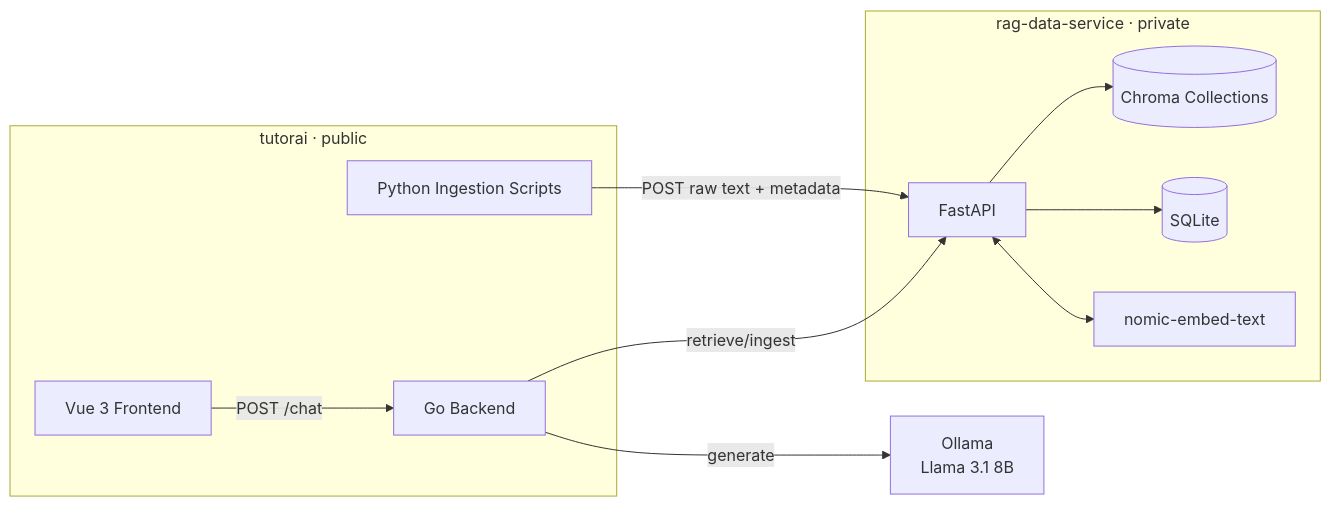
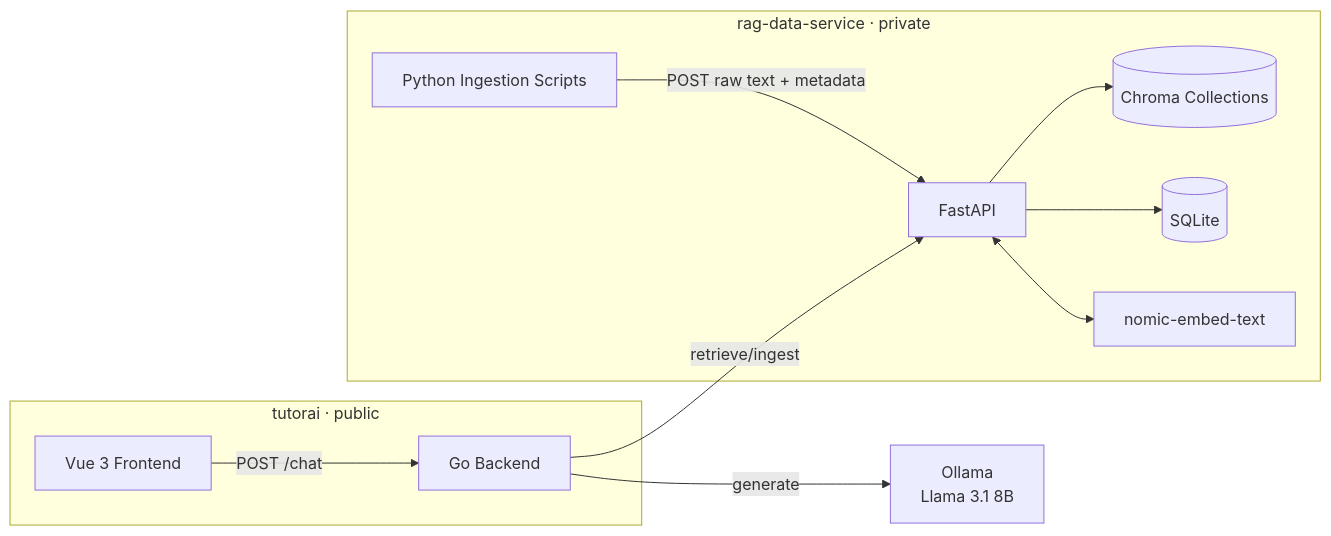
The diagram in README.md (megajess/tutorai-workspace), drawn with Mermaid before and after one commit. The commit also changed other lines of this file, not shown here.

````diff
--- a/README.md
+++ b/README.md
@@ -16,25 +16,25 @@
 ```mermaid
 graph LR
     subgraph public ["tutorai  ·  public"]
         Frontend[Vue 3 Frontend]
         Backend[Go Backend]
-        Scripts[Python Ingestion Scripts]
     end
 
     subgraph private ["rag-data-service  ·  private"]
         DataService[FastAPI]
+        Scripts[Python Ingestion Scripts]
         VectorDB[(Chroma Collections)]
         StructDB[(SQLite)]
         Embedder[nomic-embed-text]
     end
 
     Ollama[Ollama\nLlama 3.1 8B]
 
     Frontend -->|POST /chat| Backend
     Backend -->|retrieve/ingest| DataService
     Backend -->|generate| Ollama
     Scripts -->|POST raw text + metadata| DataService
     DataService --> VectorDB
     DataService --> StructDB
     DataService <--> Embedder
 ```
````
